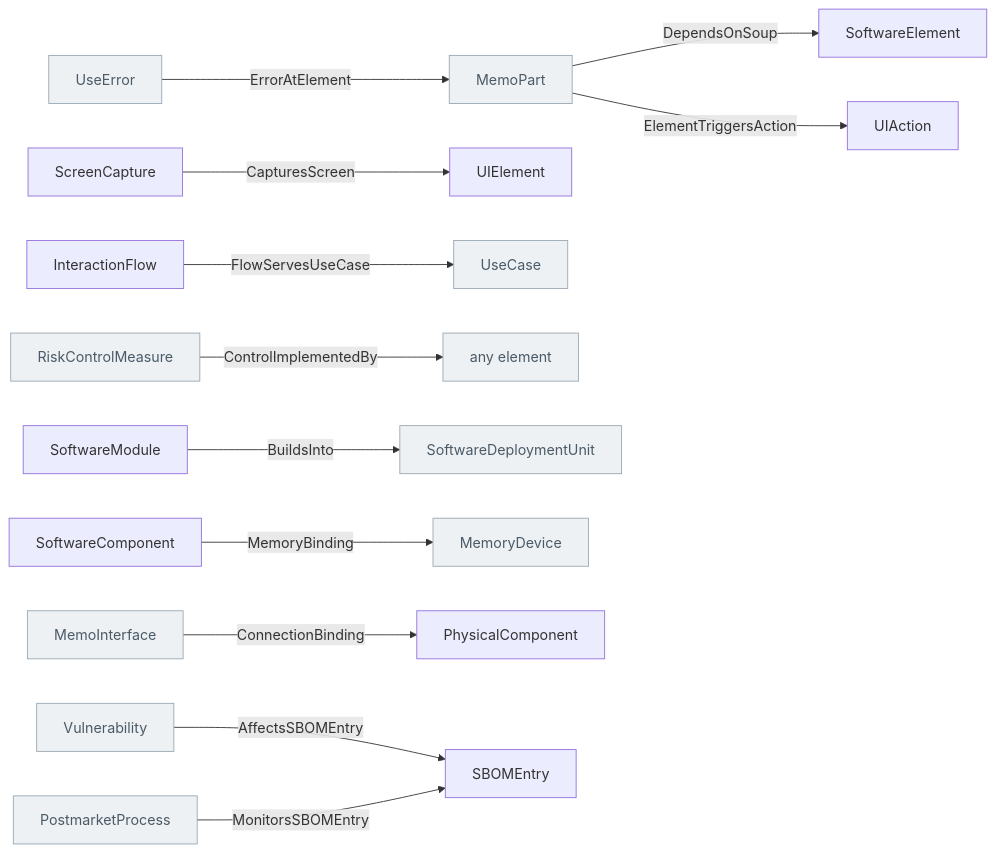
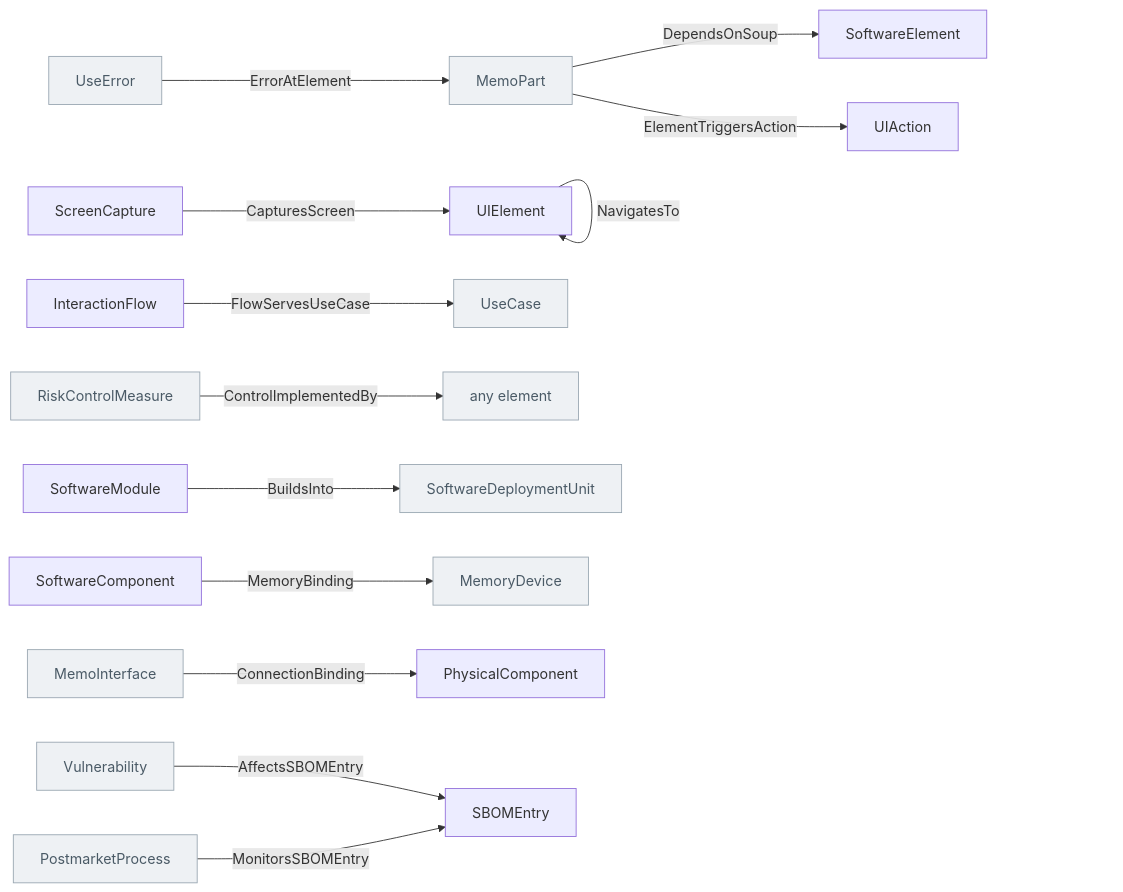
One commit to memoarchitect/memo changed the diagram in docs/ontology/_generated/implementation.md. Above: the diagram before and after it, drawn with Mermaid. The commit also changed other lines of this file and 6 other files, not shown here.

````diff
--- a/docs/ontology/_generated/implementation.md
+++ b/docs/ontology/_generated/implementation.md
@@ -69,34 +69,35 @@
 ```mermaid
 flowchart LR
   MemoPart["MemoPart"]:::other
   SoftwareElement["SoftwareElement"]
   ScreenCapture["ScreenCapture"]
   UIElement["UIElement"]
   UIAction["UIAction"]
   InteractionFlow["InteractionFlow"]
   UseCase["UseCase"]:::other
   UseError["UseError"]:::other
   RiskControlMeasure["RiskControlMeasure"]:::other
   anyElement["any element"]:::other
   SoftwareModule["SoftwareModule"]
   SoftwareDeploymentUnit["SoftwareDeploymentUnit"]:::other
   SoftwareComponent["SoftwareComponent"]
   MemoryDevice["MemoryDevice"]:::other
   MemoInterface["MemoInterface"]:::other
   PhysicalComponent["PhysicalComponent"]
   Vulnerability["Vulnerability"]:::other
   SBOMEntry["SBOMEntry"]
   PostmarketProcess["PostmarketProcess"]:::other
   MemoPart -->|DependsOnSoup| SoftwareElement
   ScreenCapture -->|CapturesScreen| UIElement
+  UIElement -->|NavigatesTo| UIElement
   MemoPart -->|ElementTriggersAction| UIAction
   InteractionFlow -->|FlowServesUseCase| UseCase
   UseError -->|ErrorAtElement| MemoPart
   RiskControlMeasure -->|ControlImplementedBy| anyElement
   SoftwareModule -->|BuildsInto| SoftwareDeploymentUnit
   SoftwareComponent -->|MemoryBinding| MemoryDevice
   MemoInterface -->|ConnectionBinding| PhysicalComponent
   Vulnerability -->|AffectsSBOMEntry| SBOMEntry
   PostmarketProcess -->|MonitorsSBOMEntry| SBOMEntry
   classDef other fill:#eef1f4,stroke:#9aa7b2,color:#4a5a66
 ```
````
